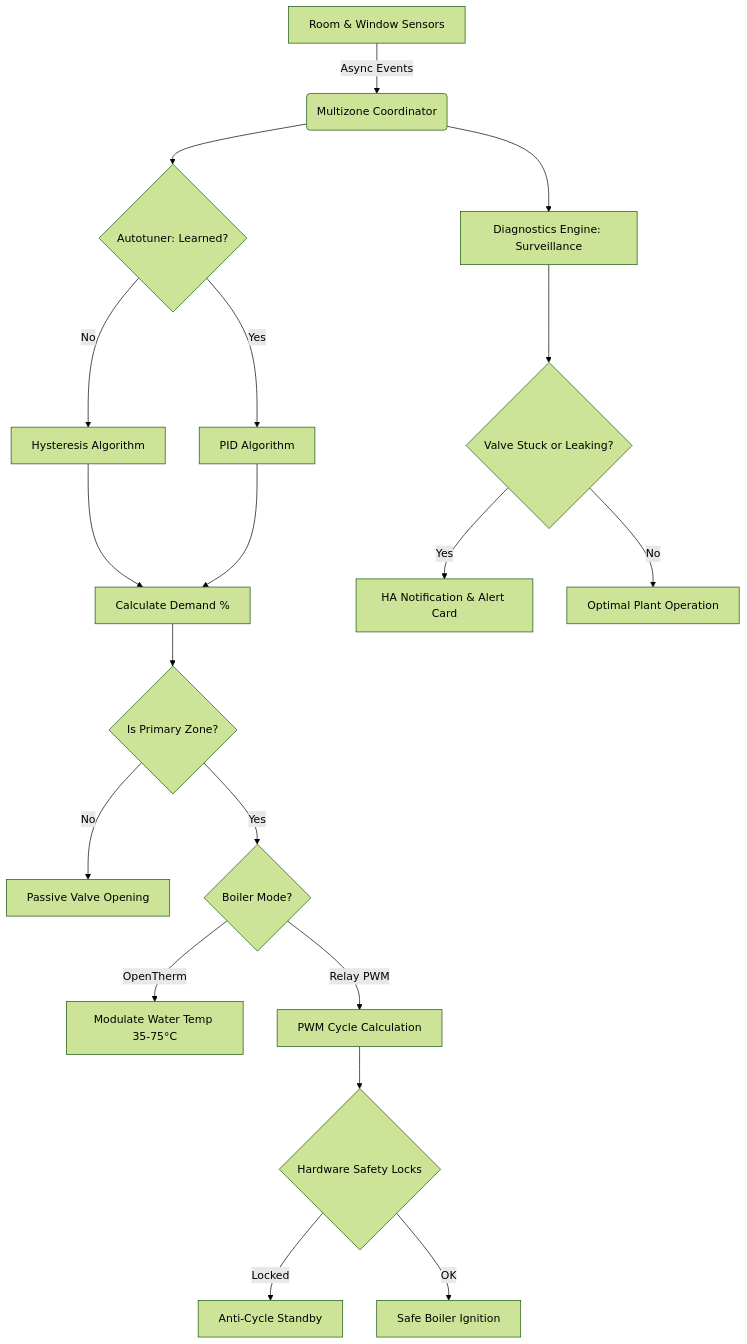
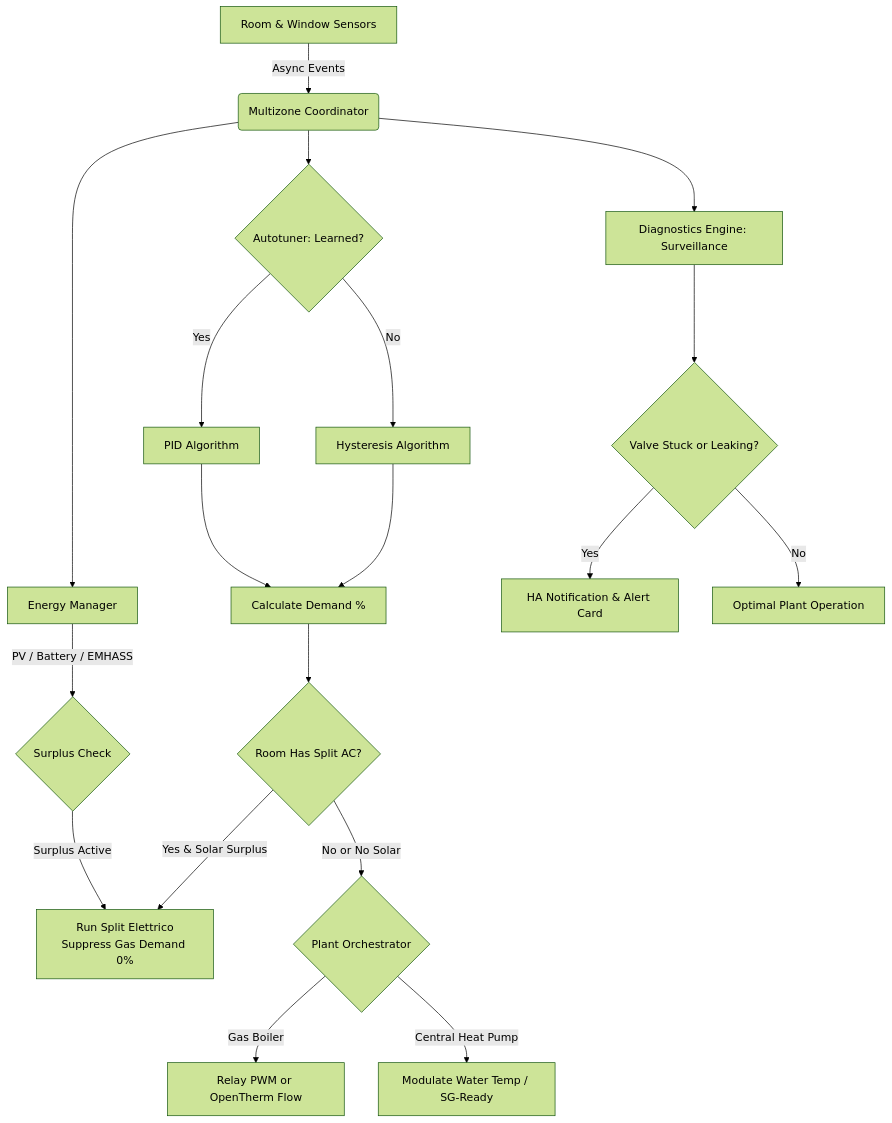
Before and after one commit to alex-military/multizone-thermostat: the diagram in README.md, drawn with Mermaid (forest theme). The commit also changed other lines of this file and 91 other files, not shown here.

Commit message:
feat(release): v6.1.0-beta.1 - Phase 11 Hybrid Multi-Generator, Room Split Climate, Solar Self-Consumption and Complete Audit Hardening

````diff
--- a/README.md
+++ b/README.md
@@ -119,21 +130,21 @@
 ```mermaid
 graph TD
     A[Room & Window Sensors] -->|Async Events| B(Multizone Coordinator)
     B --> C{Autotuner: Learned?}
     C -->|No| D[Hysteresis Algorithm]
     C -->|Yes| E[PID Algorithm]
     D --> F[Calculate Demand %]
     E --> F
-    F --> G{Is Primary Zone?}
-    G -->|No| H[Passive Valve Opening]
-    G -->|Yes| I{Boiler Mode?}
-    I -->|OpenTherm| J[Modulate Water Temp 35-75°C]
-    I -->|Relay PWM| K[PWM Cycle Calculation]
-    K --> L{Hardware Safety Locks}
-    L -->|Locked| M[Anti-Cycle Standby]
-    L -->|OK| N[Safe Boiler Ignition]
-    B --> O[Diagnostics Engine: Surveillance]
-    O --> P{Valve Stuck or Leaking?}
-    P -->|Yes| Q[HA Notification & Alert Card]
-    P -->|No| R[Optimal Plant Operation]
+    F --> G{Room Has Split AC?}
+    G -->|Yes & Solar Surplus| H[Run Split Elettrico\nSuppress Gas Demand 0%]
+    G -->|No or No Solar| I{Plant Orchestrator}
+    I -->|Gas Boiler| J[Relay PWM or OpenTherm Flow]
+    I -->|Central Heat Pump| K[Modulate Water Temp / SG-Ready]
+    B --> L[Energy Manager]
+    L -->|PV / Battery / EMHASS| M{Surplus Check}
+    M -->|Surplus Active| H
+    B --> N[Diagnostics Engine: Surveillance]
+    N --> O{Valve Stuck or Leaking?}
+    O -->|Yes| P[HA Notification & Alert Card]
+    O -->|No| Q[Optimal Plant Operation]
 ```
````
